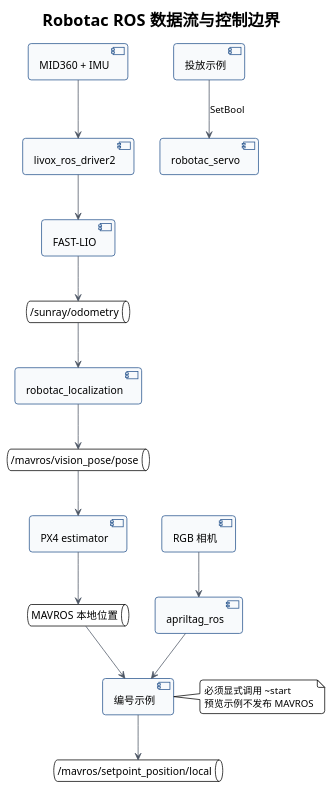
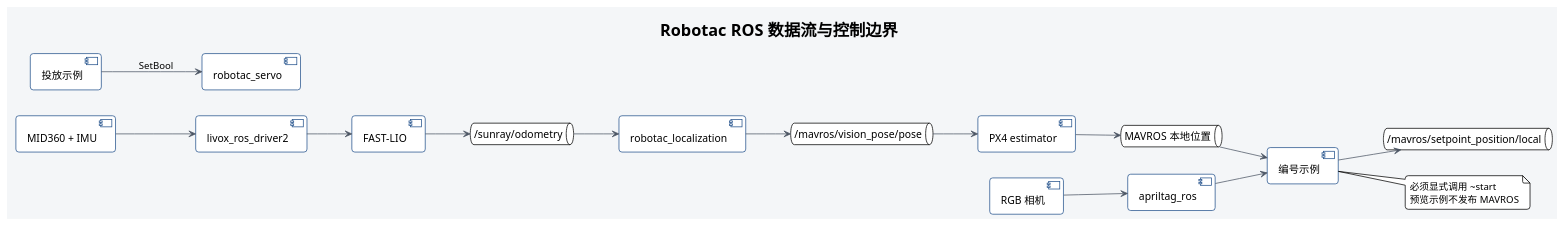
The diagram in docs/diagrams/project-overview.puml (6hao666/robotac), drawn with PlantUML before and after one commit. The commit also changed 51 other files, not shown here.

Commit message:
docs: standardize PlantUML diagram layout

```diff
--- a/docs/diagrams/project-overview.puml
+++ b/docs/diagrams/project-overview.puml
@@ -1,41 +1,42 @@
 @startuml
 !theme plain
-skinparam backgroundColor transparent
+skinparam backgroundColor #F4F6F8
 skinparam shadowing false
 skinparam roundcorner 8
 skinparam defaultFontName SansSerif
 skinparam ArrowColor #4B5563
-skinparam componentBackgroundColor #F8FAFC
+skinparam componentBackgroundColor #FFFFFF
 skinparam componentBorderColor #24528C
+left to right direction
 title Robotac ROS 数据流与控制边界
 component "MID360 + IMU" as lidar
 component "livox_ros_driver2" as livox
 component "FAST-LIO" as fastlio
 queue "/sunray/odometry" as odom
 component "robotac_localization" as localization
 queue "/mavros/vision_pose/pose" as vision
 component "PX4 estimator" as px4
 queue "MAVROS 本地位置" as local
 component "RGB 相机" as camera
 component "apriltag_ros" as tag
 component "编号示例" as examples
 queue "/mavros/setpoint_position/local" as setpoint
 component "投放示例" as payload
 component "robotac_servo" as servo
 lidar --> livox
 livox --> fastlio
 fastlio --> odom
 odom --> localization
 localization --> vision
 vision --> px4
 px4 --> local
 camera --> tag
 tag --> examples
 local --> examples
 examples --> setpoint
 payload --> servo : SetBool
 note right of examples
   必须显式调用 ~start
   预览示例不发布 MAVROS
 end note
 @enduml
```
